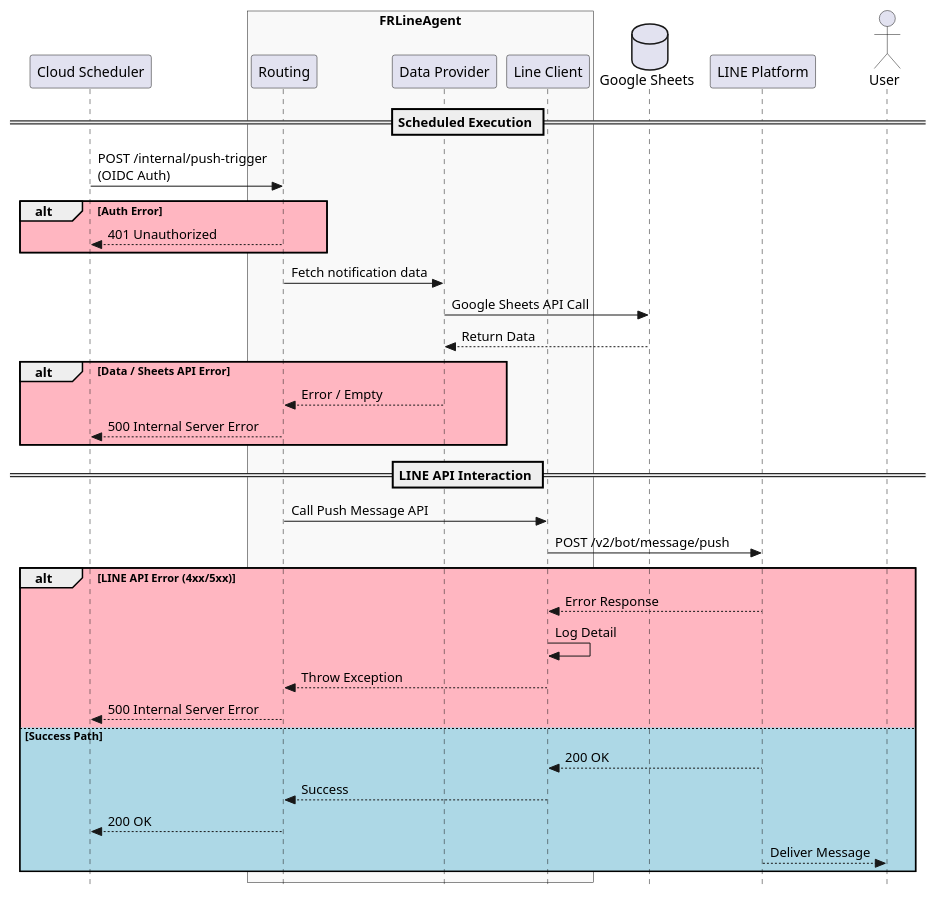
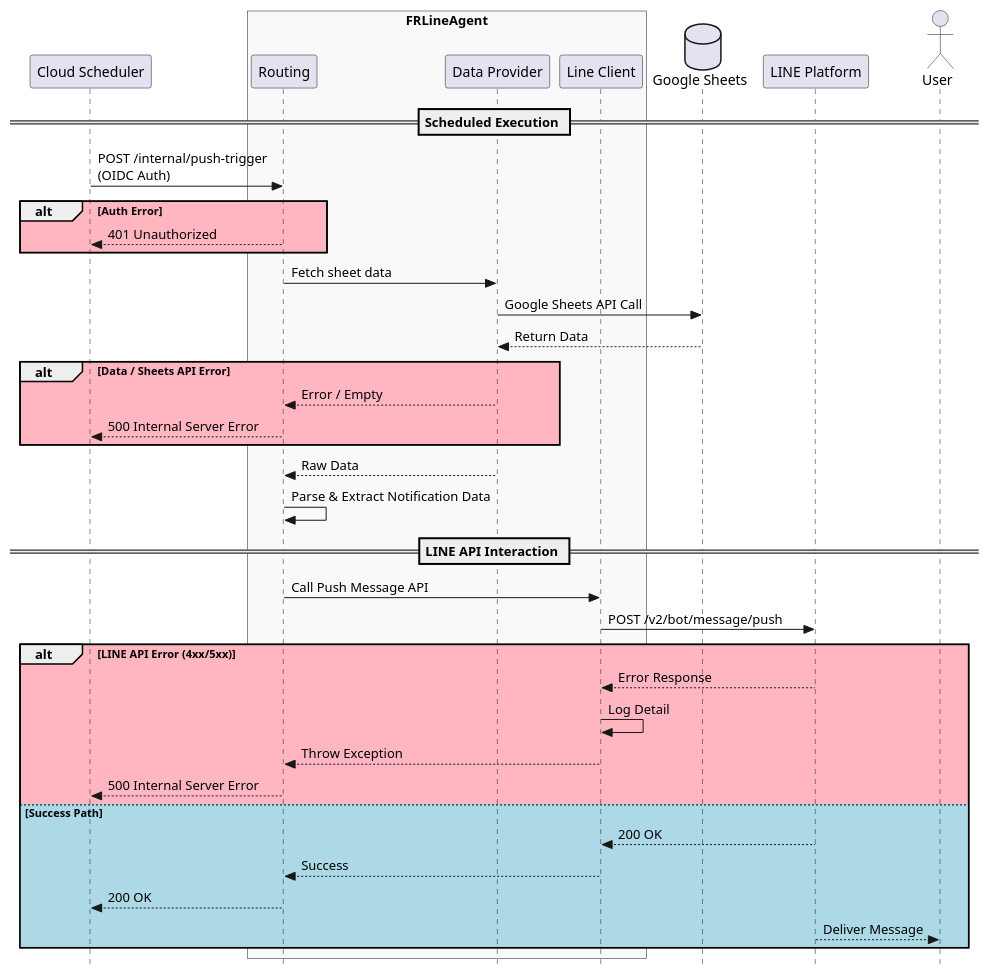
The diagram in docs/designs/images/sequence_push_notification.puml (sallyluenoa/FRLineAgent), drawn with PlantUML before and after one commit. The commit also changed 5 other files, not shown here.

```diff
--- a/docs/designs/images/sequence_push_notification.puml
+++ b/docs/designs/images/sequence_push_notification.puml
@@ -1,49 +1,52 @@
 @startuml
 skinparam style strictuml
 skinparam MaxMessageSize 200
 
 participant "Cloud Scheduler" as Scheduler
 box "FRLineAgent" #f9f9f9
     participant Routing
     participant "Data Provider" as Sheets
     participant "Line Client" as Client
 end box
 database "Google Sheets" as GSheets
 participant "LINE Platform" as LINE
 actor User
 
 == Scheduled Execution ==
 
 Scheduler -> Routing: POST /internal/push-trigger (OIDC Auth)
 
 alt #LightPink Auth Error
     Routing --> Scheduler: 401 Unauthorized
 end
 
-Routing -> Sheets: Fetch notification data
+Routing -> Sheets: Fetch sheet data
 Sheets -> GSheets: Google Sheets API Call
 GSheets --> Sheets: Return Data
 
 alt #LightPink Data / Sheets API Error
     Sheets --> Routing: Error / Empty
     Routing --> Scheduler: 500 Internal Server Error
 end
+
+Sheets --> Routing: Raw Data
+Routing -> Routing: Parse & Extract Notification Data
 
 == LINE API Interaction ==
 
 Routing -> Client: Call Push Message API
 Client -> LINE: POST /v2/bot/message/push
 
 alt #LightPink LINE API Error (4xx/5xx)
     LINE --> Client: Error Response
     Client -> Client: Log Detail
     Client --> Routing: Throw Exception
     Routing --> Scheduler: 500 Internal Server Error
 else #LightBlue Success Path
     LINE --> Client: 200 OK
     Client --> Routing: Success
     Routing --> Scheduler: 200 OK
     LINE --> User: Deliver Message
 end
 
 @enduml
```
